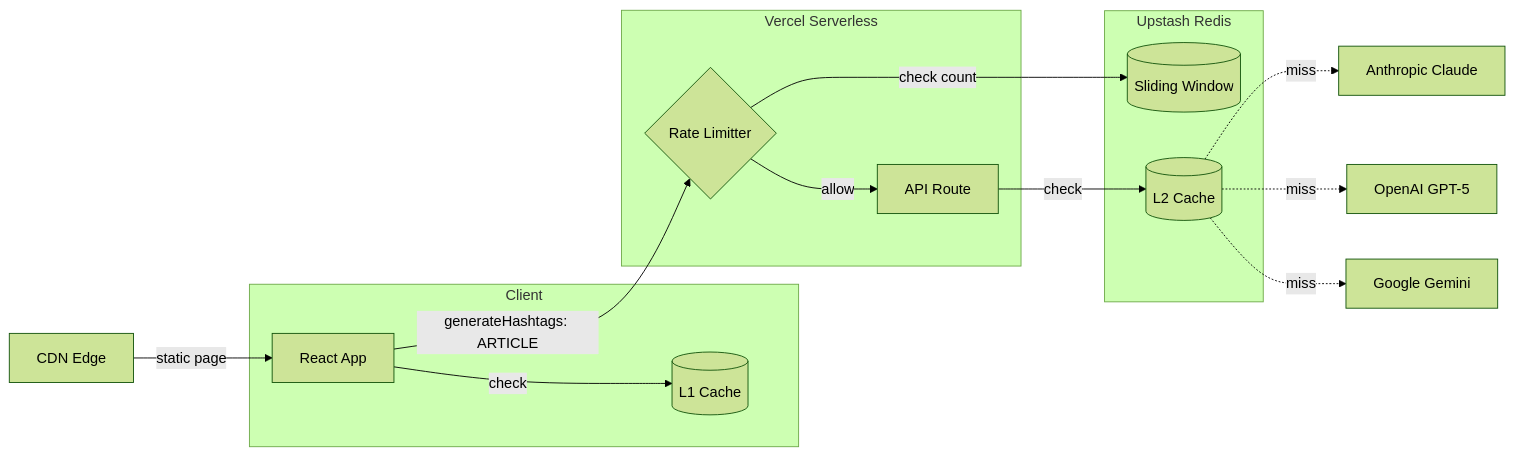
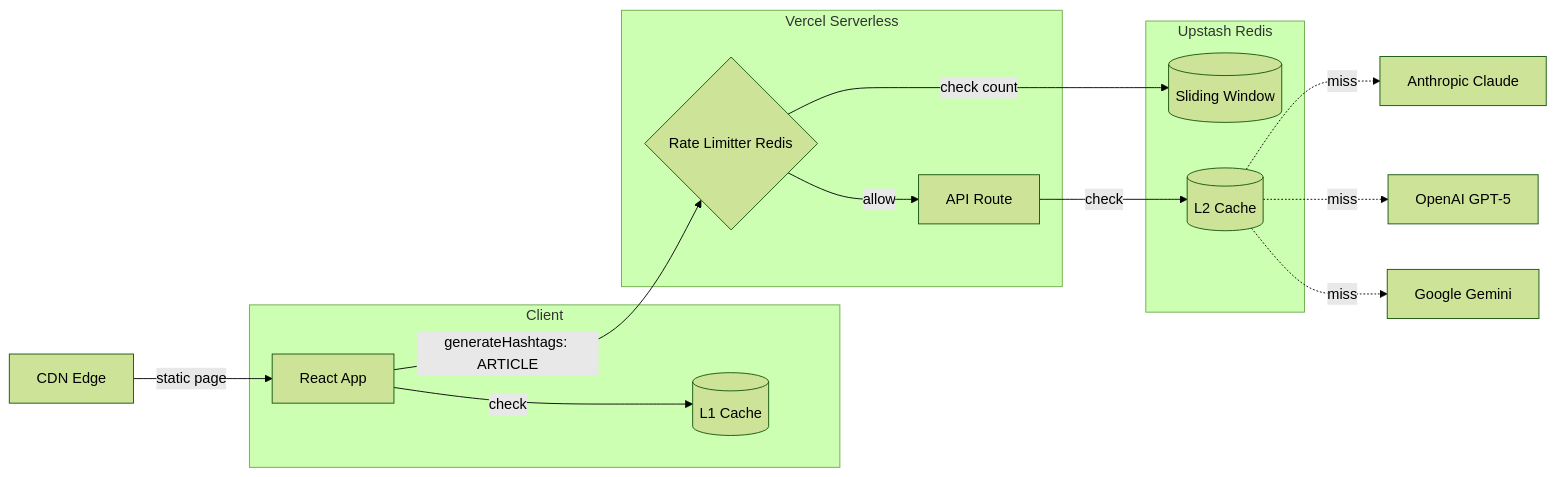
One commit to kalebjdavenport/HashtagGeneratorPro changed the diagram in docs/ARCHITECTURE.md. Above: the diagram before and after it, drawn with Mermaid (forest theme). The commit also changed other lines of this file, not shown here.

Commit message:
Update ARCHITECTURE.md diagram label and fix table formatting

````diff
--- a/docs/ARCHITECTURE.md
+++ b/docs/ARCHITECTURE.md
@@ -7,28 +7,28 @@
 ```mermaid
 flowchart LR
     CDN[CDN Edge] -- static page --> React
 
     subgraph Client
         React[React App]
         L1[(L1 Cache)]
     end
 
     React -- check --> L1
     React -- generateHashtags: ARTICLE --> RL
 
     subgraph Serverless ["Vercel Serverless"]
-        RL{Rate Limitter} -- allow --> Route[API Route]
+        RL{Rate Limitter Redis} -- allow --> Route[API Route]
     end
 
     RL -- check count --> RLStore
     Route -- check --> L2
 
     subgraph Redis ["Upstash Redis"]
         RLStore[(Sliding Window)]
         L2[(L2 Cache)]
     end
 
     L2 -. miss .-> Claude[Anthropic Claude]
     L2 -. miss .-> GPT5[OpenAI GPT-5]
     L2 -. miss .-> Gemini[Google Gemini]
 ```
````
